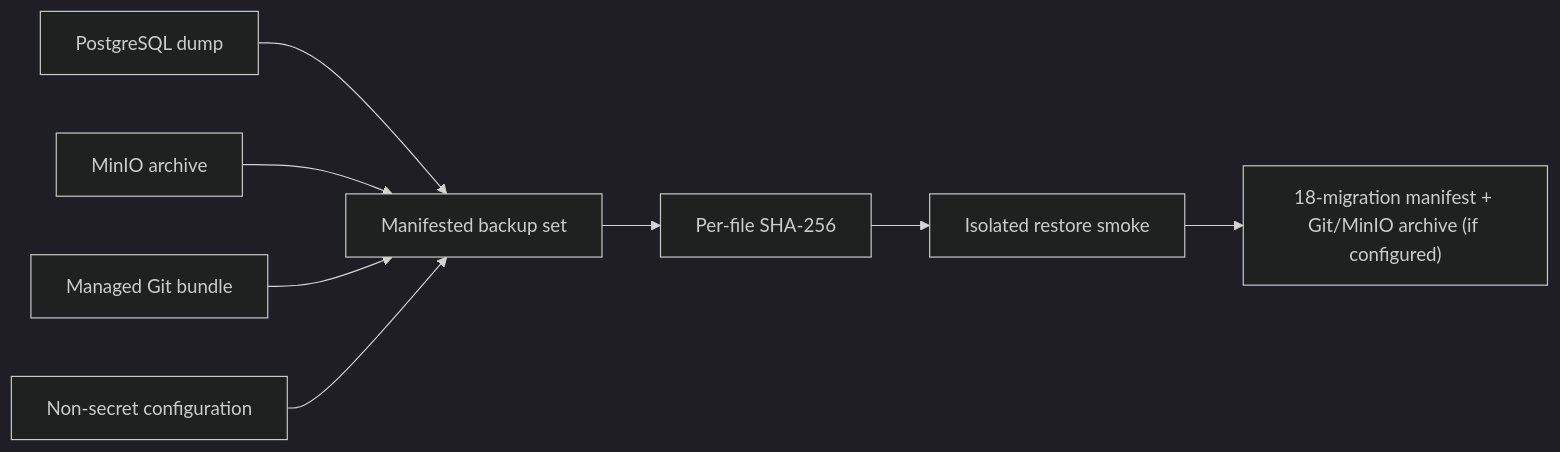
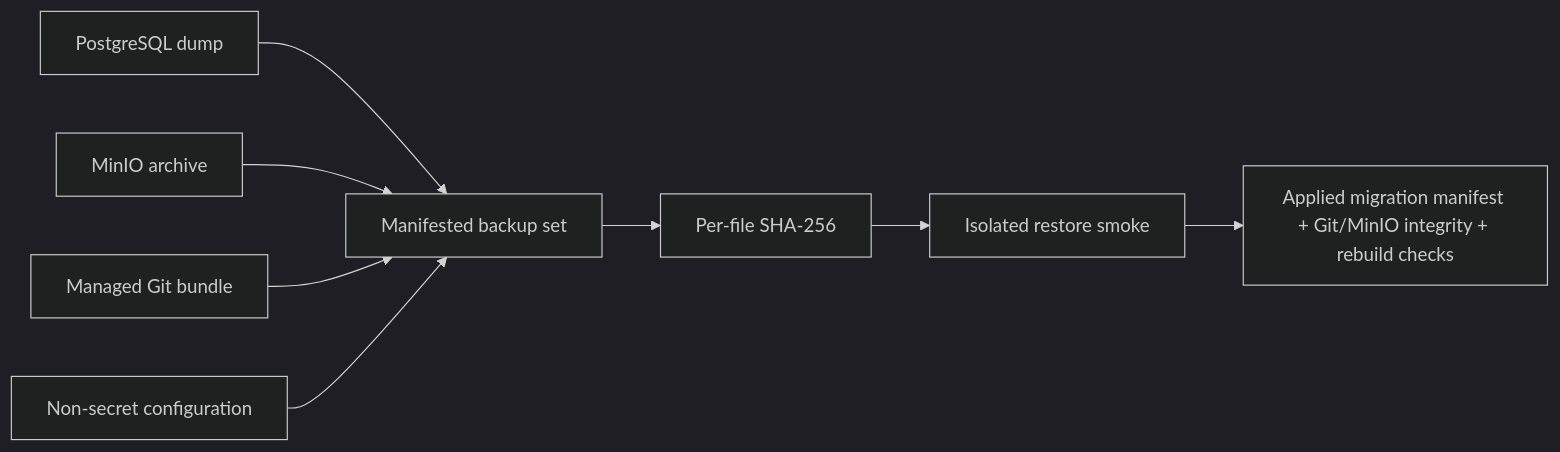
One commit to David-std/Architecture-Knowledge-Platform changed the seventh of 7 diagrams in docs/architecture/runtime-flows.md. Above: the diagram before and after it, drawn with Mermaid (dark theme). The commit also changed other lines of this file, not shown here.

Commit message:
docs: align runtime flows after branch reconciliation

````diff
--- a/docs/architecture/runtime-flows.md
+++ b/docs/architecture/runtime-flows.md
@@ -142,10 +146,10 @@
 ```mermaid
 flowchart LR
   PG["PostgreSQL dump"] --> Set["Manifested backup set"]
   MinIO["MinIO archive"] --> Set
   Git["Managed Git bundle"] --> Set
   Config["Non-secret configuration"] --> Set
   Set --> Hash["Per-file SHA-256"]
   Hash --> Isolated["Isolated restore smoke"]
-  Isolated --> Checks["18-migration manifest + Git/MinIO archive (if configured)"]
+  Isolated --> Checks["Applied migration manifest + Git/MinIO integrity + rebuild checks"]
 ```
````
